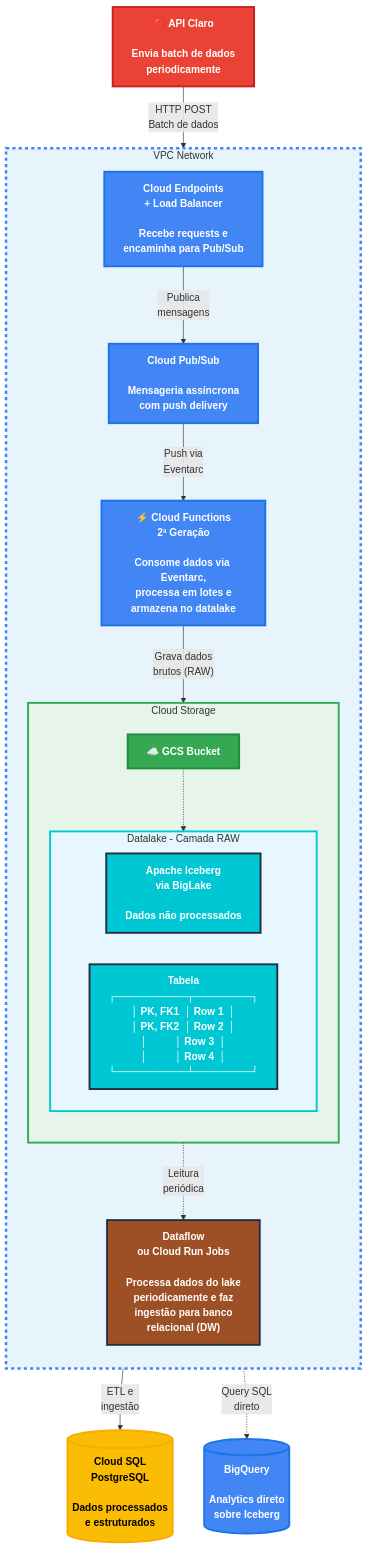
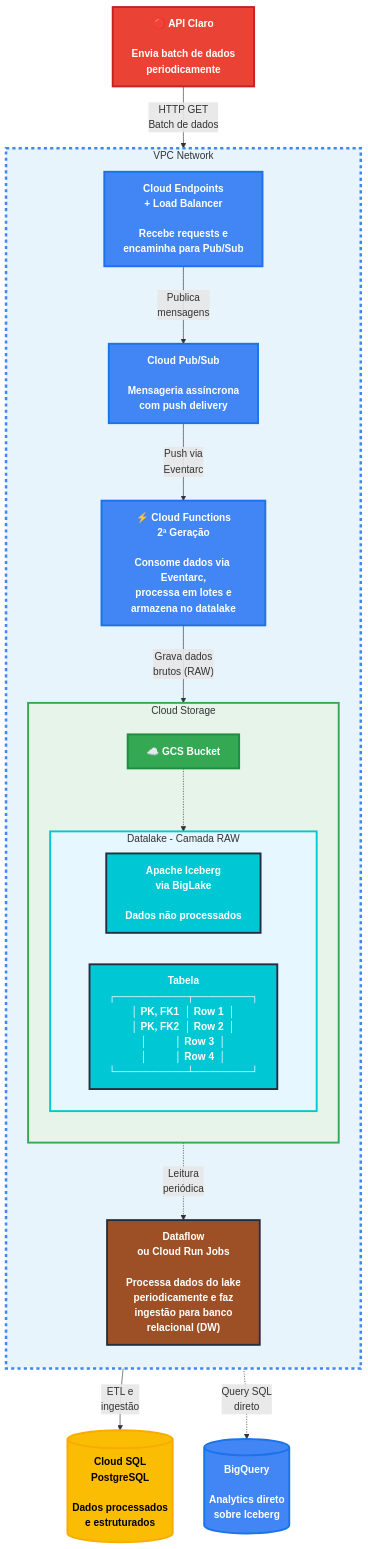
Before and after one commit to matheusjorgerosa/g02-github: the second of 3 diagrams in docs/docs/Sprint 2/Atualização de Arquitetura/arquitetura-aplicacao-gcp.md, drawn with Mermaid. The commit also changed other lines of this file, not shown here.

Commit message:
docs: refactor architecture info

````diff
--- a/docs/docs/Sprint 2/Atualização de Arquitetura/arquitetura-aplicacao-gcp.md
+++ b/docs/docs/Sprint 2/Atualização de Arquitetura/arquitetura-aplicacao-gcp.md
@@ -82,62 +72,62 @@
 ```mermaid
 graph TB
     %% Definição de estilos GCP
     classDef gcpBlue fill:#4285F4,stroke:#1a73e8,stroke-width:3px,color:#fff,font-weight:bold
     classDef gcpGreen fill:#34A853,stroke:#1e8e3e,stroke-width:3px,color:#fff,font-weight:bold
     classDef gcpYellow fill:#FBBC04,stroke:#f9ab00,stroke-width:3px,color:#000,font-weight:bold
     classDef external fill:#EA4335,stroke:#c5221f,stroke-width:3px,color:#fff,font-weight:bold
     classDef iceberg fill:#00C7D4,stroke:#232F3E,stroke-width:3px,color:#fff,font-weight:bold
     classDef worker fill:#9D5025,stroke:#232F3E,stroke-width:3px,color:#fff,font-weight:bold
 
     %% API Externa
     CLARO["🔴 API Claro<br/><br/>Envia batch de dados<br/>periodicamente"]:::external
 
     %% VPC Container
     subgraph VPC["VPC Network"]
         direction TB
 
         %% Camada de Entrada
         API["Cloud Endpoints<br/>+ Load Balancer<br/><br/>Recebe requests e<br/>encaminha para Pub/Sub"]:::gcpBlue
 
         %% Camada de Processamento
         PUBSUB["Cloud Pub/Sub<br/><br/>Mensageria assíncrona<br/>com push delivery"]:::gcpBlue
 
         FUNCTIONS["⚡ Cloud Functions<br/>2ª Geração<br/><br/>Consome dados via Eventarc,<br/>processa em lotes e<br/>armazena no datalake"]:::gcpBlue
 
         %% Camada de Armazenamento
         subgraph GCS_LAYER["Cloud Storage"]
             direction TB
             GCS["☁️ GCS Bucket"]:::gcpGreen
 
             subgraph DATALAKE["Datalake - Camada RAW"]
                 direction LR
                 ICEBERG["Apache Iceberg<br/>via BigLake<br/><br/>Dados não processados"]:::iceberg
                 TABLE["Tabela<br/>┌──────────┬────────┐<br/>│ PK, FK1  │ Row 1  │<br/>│ PK, FK2  │ Row 2  │<br/>│          │ Row 3  │<br/>│          │ Row 4  │<br/>└──────────┴────────┘"]:::iceberg
             end
         end
 
         %% Worker
         WORKER["Dataflow<br/>ou Cloud Run Jobs<br/><br/>Processa dados do lake<br/>periodicamente e faz<br/>ingestão para banco<br/>relacional (DW)"]:::worker
     end
 
     %% Banco de Destino
     DB[("Cloud SQL<br/>PostgreSQL<br/><br/>Dados processados<br/>e estruturados")]:::gcpYellow
 
     %% BigQuery para Analytics
     BQ[("BigQuery<br/><br/>Analytics direto<br/>sobre Iceberg")]:::gcpBlue
 
     %% Fluxos
-    CLARO -->|"HTTP POST<br/>Batch de dados"| API
+    CLARO -->|"HTTP GET<br/>Batch de dados"| API
     API -->|"Publica<br/>mensagens"| PUBSUB
     PUBSUB -->|"Push via<br/>Eventarc"| FUNCTIONS
     FUNCTIONS -->|"Grava dados<br/>brutos (RAW)"| GCS
     GCS -.-> DATALAKE
     DATALAKE -.->|"Leitura<br/>periódica"| WORKER
     DATALAKE -.->|"Query SQL<br/>direto"| BQ
     WORKER -->|"ETL e<br/>ingestão"| DB
 
     %% Estilo da VPC
     style VPC fill:#E8F4FC,stroke:#4285F4,stroke-width:4px,stroke-dasharray: 5 5
     style GCS_LAYER fill:#E6F4EA,stroke:#34A853,stroke-width:3px
     style DATALAKE fill:#E6F7FF,stroke:#00C7D4,stroke-width:3px
 ```
````
